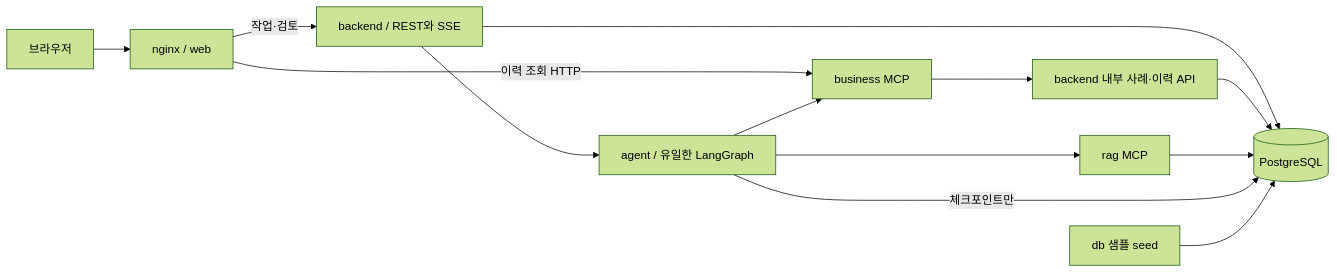
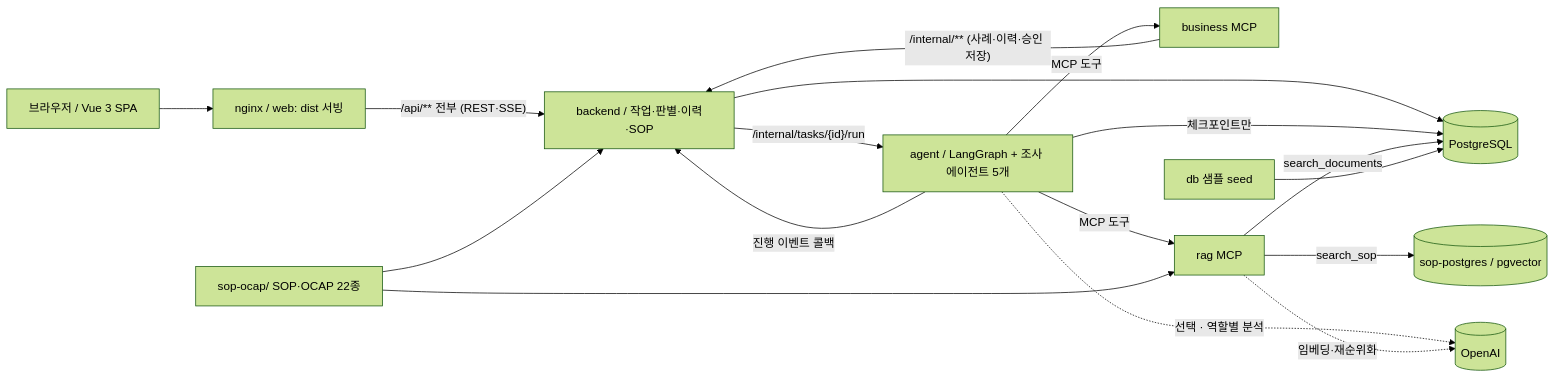
The diagram in docs/architecture.md (meotjin-girl/etch-trace), drawn with Mermaid (forest theme) before and after one commit. The commit also changed other lines of this file and 10 other files, not shown here.

First line of the commit message:
docs: 통합 구조 반영(아키텍처 다이어그램, API·계약, 실행·검증 명령)

````diff
--- a/docs/architecture.md
+++ b/docs/architecture.md
@@ -5,15 +5,19 @@
 ```mermaid
 flowchart LR
-  UI[브라우저] --> W[nginx / web]
-  W -- 작업·검토 --> B[backend / REST와 SSE]
-  W -- 이력 조회 HTTP --> BM
-  B --> A[agent / 유일한 LangGraph]
-  A --> BM[business MCP]
-  BM --> BI[backend 내부 사례·이력 API]
-  A --> RM[rag MCP]
+  UI[브라우저 / Vue 3 SPA] --> W[nginx / web: dist 서빙]
+  W -- "/api/** 전부 (REST·SSE)" --> B[backend / 작업·판별·이력·SOP]
+  B -- "/internal/tasks/{id}/run" --> A[agent / LangGraph + 조사 에이전트 5개]
+  A -- 진행 이벤트 콜백 --> B
+  A -- MCP 도구 --> BM[business MCP]
+  A -- MCP 도구 --> RM[rag MCP]
+  BM -- "/internal/** (사례·이력·승인 저장)" --> B
   B --> PG[(PostgreSQL)]
-  BI --> PG
-  RM --> PG
   A -- 체크포인트만 --> PG
+  RM -- search_documents --> PG
+  RM -- search_sop --> SPG[(sop-postgres / pgvector)]
+  DOCS[sop-ocap/ SOP·OCAP 22종] --> RM
+  DOCS --> B
   SEED[db 샘플 seed] --> PG
+  A -. 선택 · 역할별 분석 .-> LLM[(OpenAI)]
+  RM -. 임베딩·재순위화 .-> LLM
 ```
````
